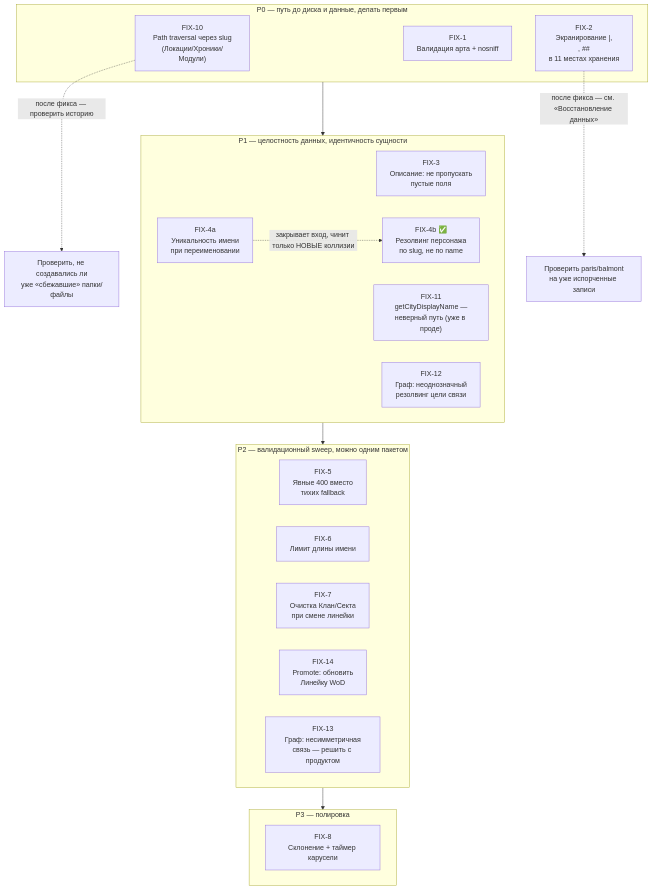
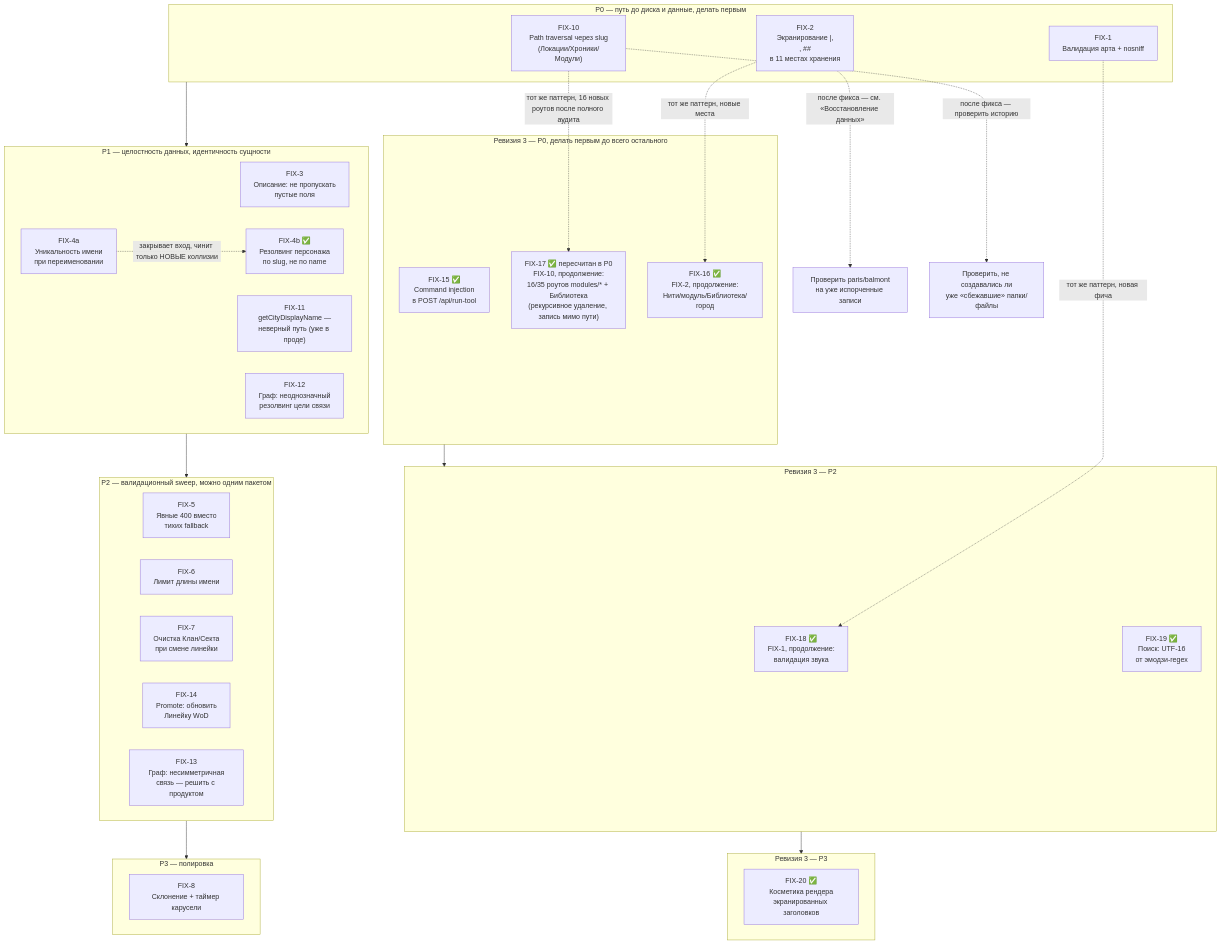
The diagram in docs/audit/2026-07-28-fix-plan.md (Dominictm/Sanguine_System_test), drawn with Mermaid before and after one commit. The commit also changed other lines of this file and 21 other files, not shown here.

````diff
--- a/docs/audit/2026-07-28-fix-plan.md
+++ b/docs/audit/2026-07-28-fix-plan.md
@@ -63,31 +111,50 @@
 ```mermaid
 flowchart TD
     subgraph P0["P0 — путь до диска и данные, делать первым"]
         FIX10["FIX-10<br/>Path traversal через slug<br/>(Локации/Хроники/Модули)"]
         FIX1["FIX-1<br/>Валидация арта + nosniff"]
         FIX2["FIX-2<br/>Экранирование |, \n, ##<br/>в 11 местах хранения"]
     end
     subgraph P1["P1 — целостность данных, идентичность сущности"]
         FIX3["FIX-3<br/>Описание: не пропускать<br/>пустые поля"]
         FIX4a["FIX-4a<br/>Уникальность имени<br/>при переименовании"]
         FIX4b["FIX-4b ✅<br/>Резолвинг персонажа<br/>по slug, не по name"]
         FIX11["FIX-11<br/>getCityDisplayName —<br/>неверный путь (уже в проде)"]
         FIX12["FIX-12<br/>Граф: неоднозначный<br/>резолвинг цели связи"]
     end
     subgraph P2["P2 — валидационный sweep, можно одним пакетом"]
         FIX5["FIX-5<br/>Явные 400 вместо<br/>тихих fallback"]
         FIX6["FIX-6<br/>Лимит длины имени"]
         FIX7["FIX-7<br/>Очистка Клан/Секта<br/>при смене линейки"]
         FIX14["FIX-14<br/>Promote: обновить<br/>Линейку WoD"]
         FIX13["FIX-13<br/>Граф: несимметричная<br/>связь — решить с продуктом"]
     end
     subgraph P3["P3 — полировка"]
         FIX8["FIX-8<br/>Склонение + таймер карусели"]
     end
 
     FIX4a -.->|закрывает вход, чинит только НОВЫЕ коллизии| FIX4b
     FIX2 -.->|после фикса — см. «Восстановление данных»| RECOVERY["Проверить paris/balmont<br/>на уже испорченные записи"]
     FIX10 -.->|после фикса — проверить историю| RECOVERY2["Проверить, не создавались ли<br/>уже «сбежавшие» папки/файлы"]
 
     P0 --> P1 --> P2 --> P3
+
+    subgraph P0R3["Ревизия 3 — P0, делать первым до всего остального"]
+        FIX15["FIX-15 ✅<br/>Command injection<br/>в POST /api/run-tool"]
+        FIX17["FIX-17 ✅ пересчитан в P0<br/>FIX-10, продолжение:<br/>16/35 роутов modules/* + Библиотека<br/>(рекурсивное удаление, запись мимо пути)"]
+        FIX16["FIX-16 ✅<br/>FIX-2, продолжение:<br/>Нити/модуль/Библиотека/город"]
+    end
+    subgraph P2R3["Ревизия 3 — P2"]
+        FIX18["FIX-18 ✅<br/>FIX-1, продолжение:<br/>валидация звука"]
+        FIX19["FIX-19 ✅<br/>Поиск: UTF-16<br/>от эмодзи-regex"]
+    end
+    subgraph P3R3["Ревизия 3 — P3"]
+        FIX20["FIX-20 ✅<br/>Косметика рендера<br/>экранированных заголовков"]
+    end
+
+    FIX2 -.->|тот же паттерн, новые места| FIX16
+    FIX10 -.->|тот же паттерн, 16 новых роутов после полного аудита| FIX17
+    FIX1 -.->|тот же паттерн, новая фича| FIX18
+
+    P0R3 --> P2R3 --> P3R3
 ```
````
